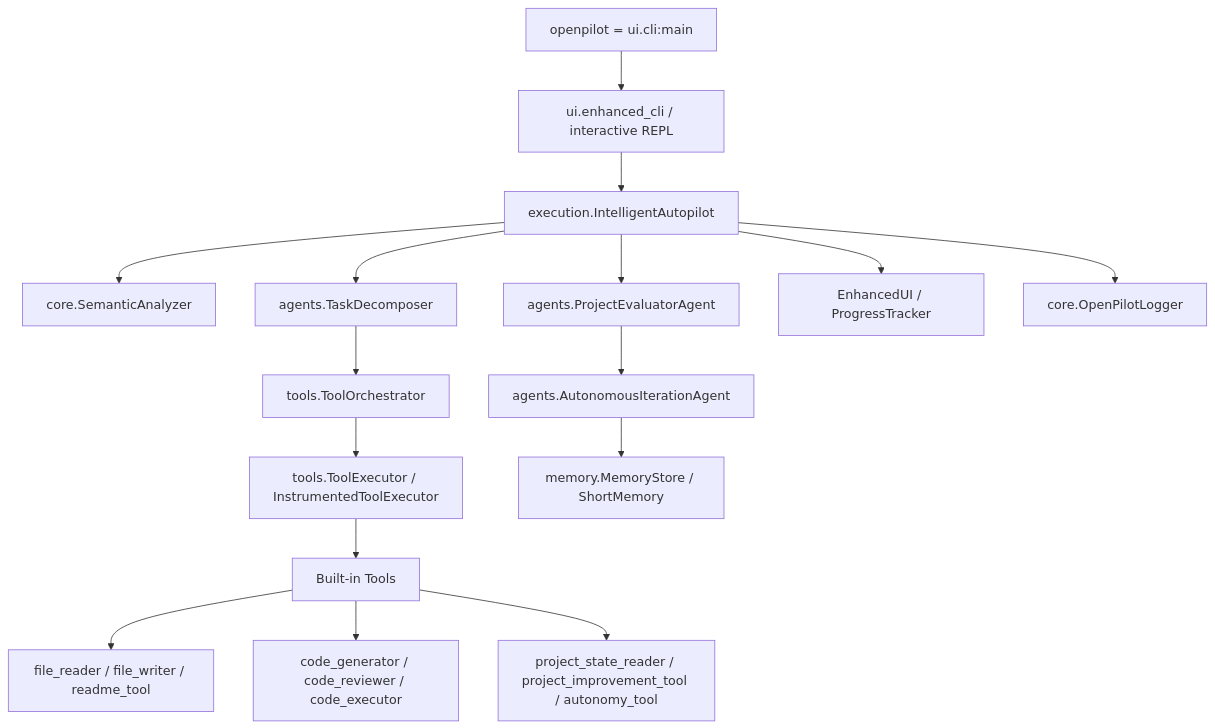
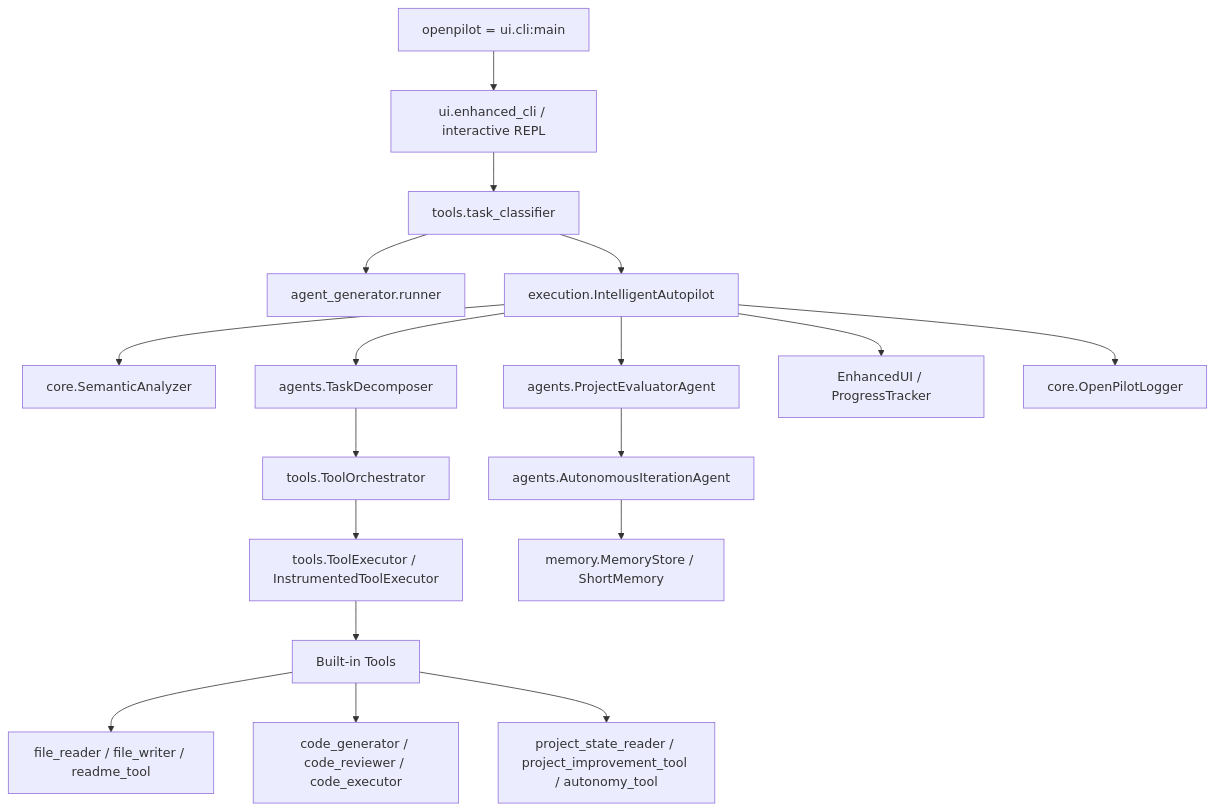
Before and after one commit to CovD831/openpilot: the diagram in Code/PROJECT_STRUCTURE.md, drawn with Mermaid. The commit also changed other lines of this file and 10 other files, not shown here.

````diff
--- a/Code/PROJECT_STRUCTURE.md
+++ b/Code/PROJECT_STRUCTURE.md
@@ -55,18 +55,20 @@
 ```mermaid
 flowchart TD
     CLI["openpilot = ui.cli:main"] --> EnhancedCLI["ui.enhanced_cli / interactive REPL"]
-    EnhancedCLI --> Autopilot["execution.IntelligentAutopilot"]
+    EnhancedCLI --> Classifier["tools.task_classifier"]
+    Classifier --> AgentGenerator["agent_generator.runner"]
+    Classifier --> Autopilot["execution.IntelligentAutopilot"]
     Autopilot --> Semantic["core.SemanticAnalyzer"]
     Autopilot --> Decomposer["agents.TaskDecomposer"]
     Decomposer --> Orchestrator["tools.ToolOrchestrator"]
     Orchestrator --> Executor["tools.ToolExecutor / InstrumentedToolExecutor"]
     Executor --> Builtins["Built-in Tools"]
     Builtins --> Files["file_reader / file_writer / readme_tool"]
     Builtins --> Code["code_generator / code_reviewer / code_executor"]
     Builtins --> ProjectTools["project_state_reader / project_improvement_tool / autonomy_tool"]
     Autopilot --> Evaluator["agents.ProjectEvaluatorAgent"]
     Evaluator --> Iteration["agents.AutonomousIterationAgent"]
     Iteration --> Memory["memory.MemoryStore / ShortMemory"]
     Autopilot --> UI["EnhancedUI / ProgressTracker"]
     Autopilot --> Logs["core.OpenPilotLogger"]
 ```
````
